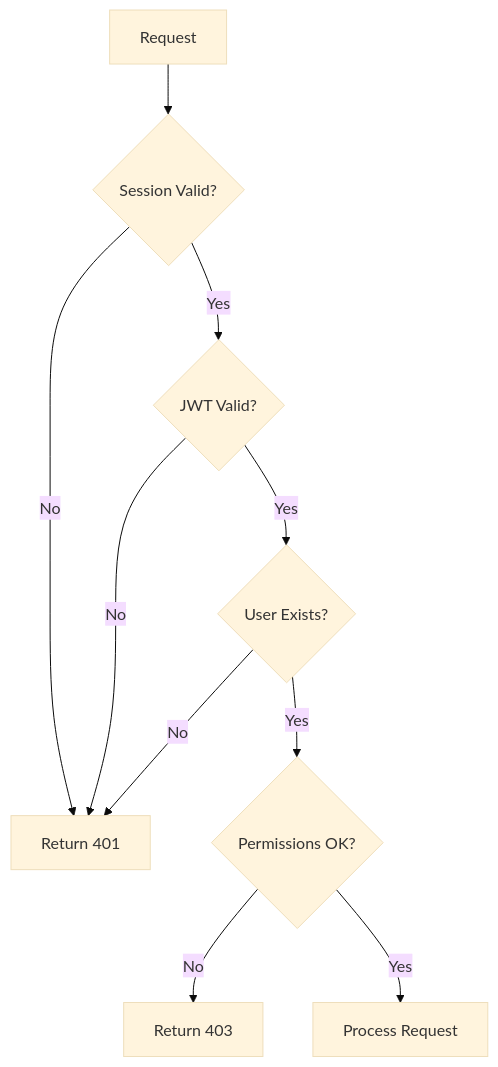
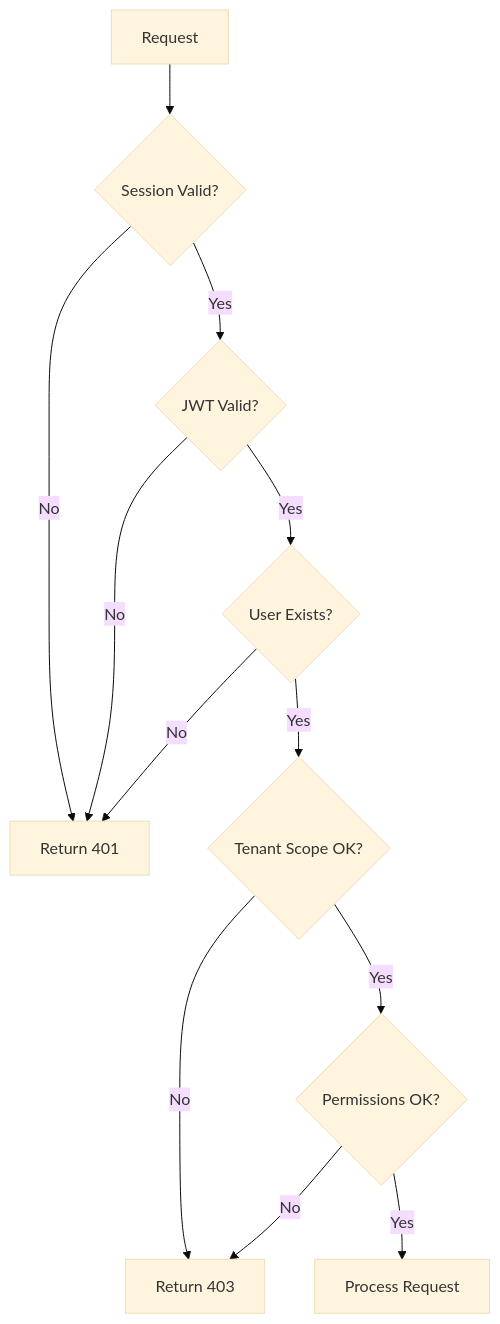
One commit to syr-is/syr changed diagram 12 of 19 in Architecture.md. Above: the diagram before and after it, drawn with Mermaid (base theme). The commit also changed other lines of this file and 491 other files, not shown here.

````diff
--- a/Architecture.md
+++ b/Architecture.md
@@ -454,12 +477,14 @@
 ```mermaid
 graph TD
     A[Request] --> B{Session Valid?}
     B -->|No| C[Return 401]
     B -->|Yes| D{JWT Valid?}
     D -->|No| C
     D -->|Yes| E{User Exists?}
     E -->|No| C
-    E -->|Yes| F{Permissions OK?}
+    E -->|Yes| F{Tenant Scope OK?}
     F -->|No| G[Return 403]
-    F -->|Yes| H[Process Request]
+    F -->|Yes| H{Permissions OK?}
+    H -->|No| G
+    H -->|Yes| I[Process Request]
 ```
````
